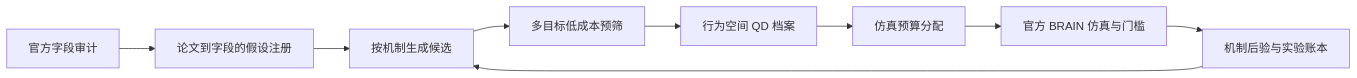
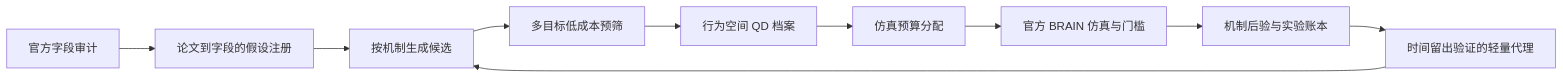
The diagram in docs/research/2026-08-13-brain-options-evidence-driven-search-redesign.md (zzzhhn/alpha-agent), drawn with Mermaid before and after one commit. The commit also changed other lines of this file and 13 other files, not shown here.

````diff
--- a/docs/research/2026-08-13-brain-options-evidence-driven-search-redesign.md
+++ b/docs/research/2026-08-13-brain-options-evidence-driven-search-redesign.md
@@ -117,11 +117,12 @@
 ```mermaid
 flowchart LR
     A[官方字段审计] --> B[论文到字段的假设注册]
     B --> C[按机制生成候选]
     C --> D[多目标低成本预筛]
     D --> E[行为空间 QD 档案]
     E --> F[仿真预算分配]
     F --> G[官方 BRAIN 仿真与门槛]
     G --> H[机制后验与实验账本]
-    H --> C
+    H --> I[时间留出验证的轻量代理]
+    I --> C
 ```
````
